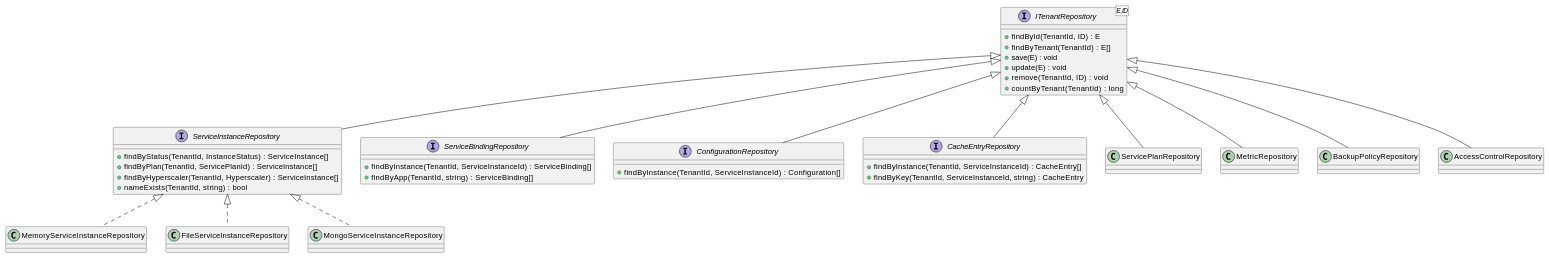
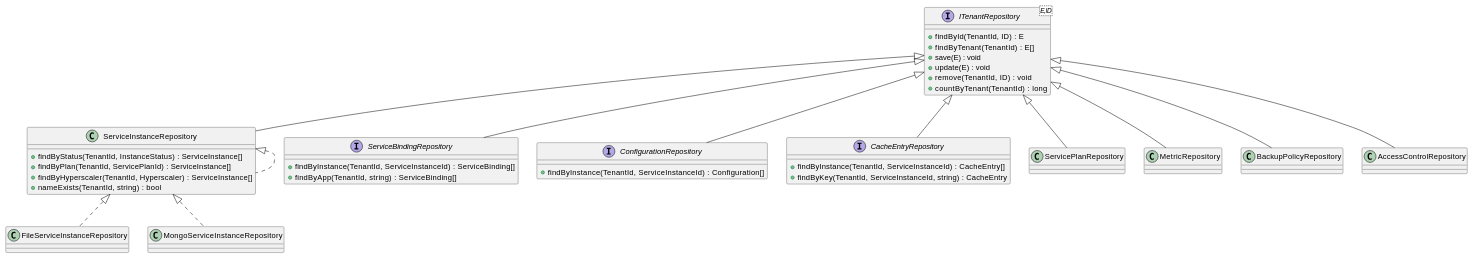
The fifth of 8 diagrams in redis/UML.md (UIMSolutions/uim-platform), drawn with PlantUML before and after one commit. The commit also changed 891 other files, not shown here.

````diff
--- a/redis/UML.md
+++ b/redis/UML.md
@@ -279,46 +279,46 @@
 ```plantuml
 @startuml RepositoryHierarchy
 interface ITenantRepository<E,ID> {
     +findById(TenantId, ID) : E
     +findByTenant(TenantId) : E[]
     +save(E) : void
     +update(E) : void
     +remove(TenantId, ID) : void
     +countByTenant(TenantId) : long
 }
 
 interface ServiceInstanceRepository {
     +findByStatus(TenantId, InstanceStatus) : ServiceInstance[]
     +findByPlan(TenantId, ServicePlanId) : ServiceInstance[]
     +findByHyperscaler(TenantId, Hyperscaler) : ServiceInstance[]
     +nameExists(TenantId, string) : bool
 }
 
 interface ServiceBindingRepository {
     +findByInstance(TenantId, ServiceInstanceId) : ServiceBinding[]
     +findByApp(TenantId, string) : ServiceBinding[]
 }
 
 interface ConfigurationRepository {
     +findByInstance(TenantId, ServiceInstanceId) : Configuration[]
 }
 
 interface CacheEntryRepository {
     +findByInstance(TenantId, ServiceInstanceId) : CacheEntry[]
     +findByKey(TenantId, ServiceInstanceId, string) : CacheEntry
 }
 
 ITenantRepository <|-- ServiceInstanceRepository
 ITenantRepository <|-- ServiceBindingRepository
 ITenantRepository <|-- ServicePlanRepository
 ITenantRepository <|-- ConfigurationRepository
 ITenantRepository <|-- CacheEntryRepository
 ITenantRepository <|-- MetricRepository
 ITenantRepository <|-- BackupPolicyRepository
 ITenantRepository <|-- AccessControlRepository
 
-class MemoryServiceInstanceRepository implements ServiceInstanceRepository
+class ServiceInstanceRepository implements ServiceInstanceRepository
 class FileServiceInstanceRepository implements ServiceInstanceRepository
 class MongoServiceInstanceRepository implements ServiceInstanceRepository
 @enduml
 ```
````
